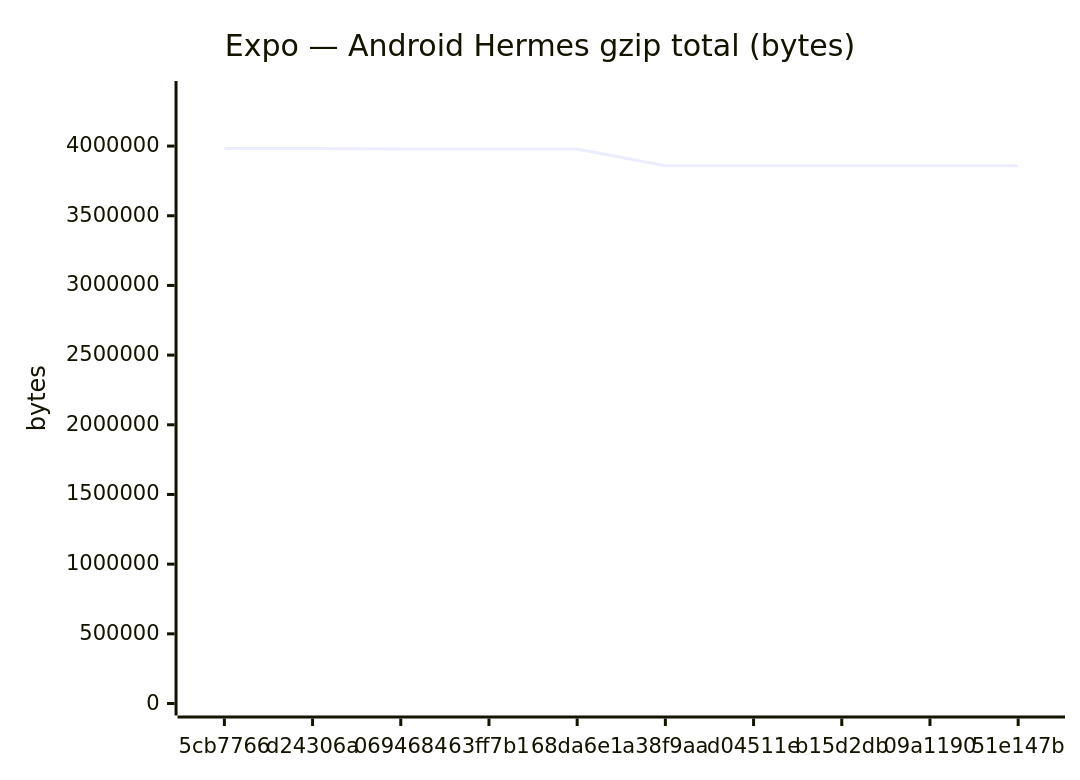
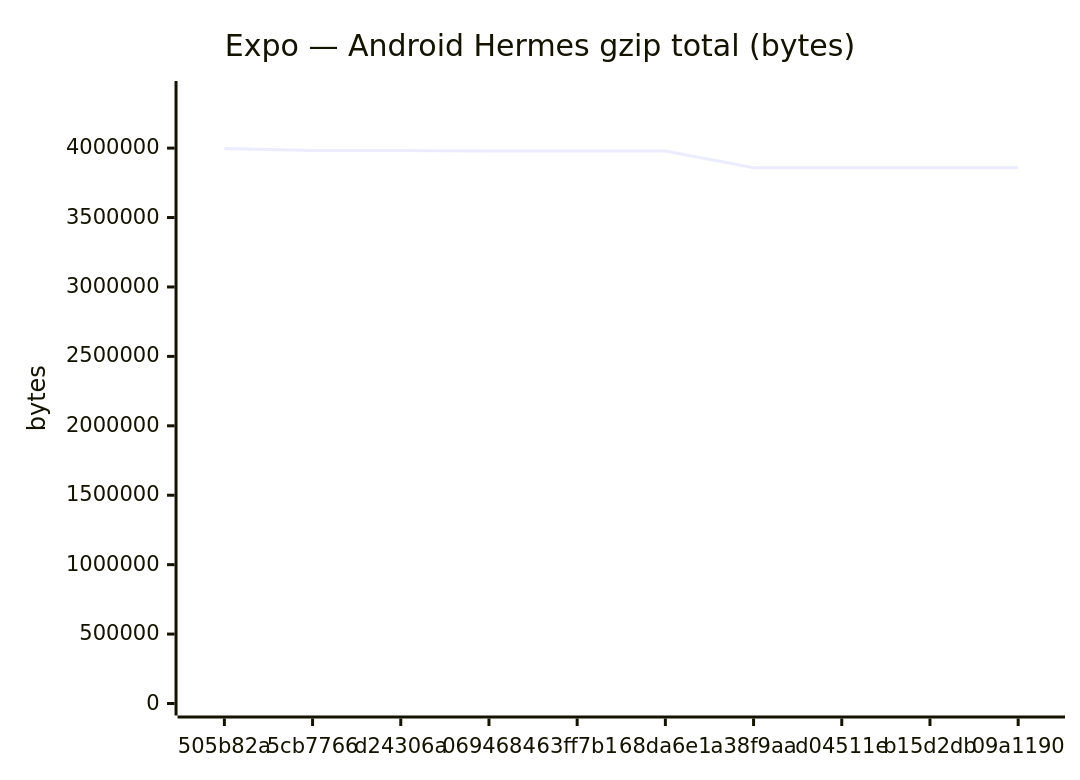
One commit to Metaheurist/Rianell changed the fifth of 18 diagrams in benchmarks/compare.md. Above: the diagram before and after it, drawn with Mermaid. The commit also changed other lines of this file and 11 other files, not shown here.

````diff
--- a/benchmarks/compare.md
+++ b/benchmarks/compare.md
@@ -89,7 +89,7 @@
 ```mermaid
 xychart-beta
     title "Expo — Android Hermes gzip total (bytes)"
-    x-axis ["5cb7766", "d24306a", "0694684", "63ff7b1", "68da6e1", "a38f9aa", "d04511e", "b15d2db", "09a1190", "51e147b"]
-    y-axis "bytes" 0 --> 4380854
-    line [3982594, 3982590, 3979178, 3979178, 3979178, 3858192, 3858192, 3858195, 3858763, 3858763]
+    x-axis ["505b82a", "5cb7766", "d24306a", "0694684", "63ff7b1", "68da6e1", "a38f9aa", "d04511e", "b15d2db", "09a1190"]
+    y-axis "bytes" 0 --> 4396944
+    line [3997221, 3982594, 3982590, 3979178, 3979178, 3979178, 3858192, 3858192, 3858195, 3858763]
 ```
````
